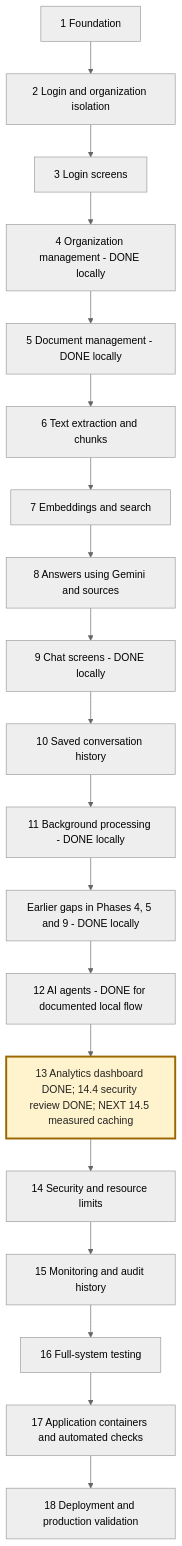
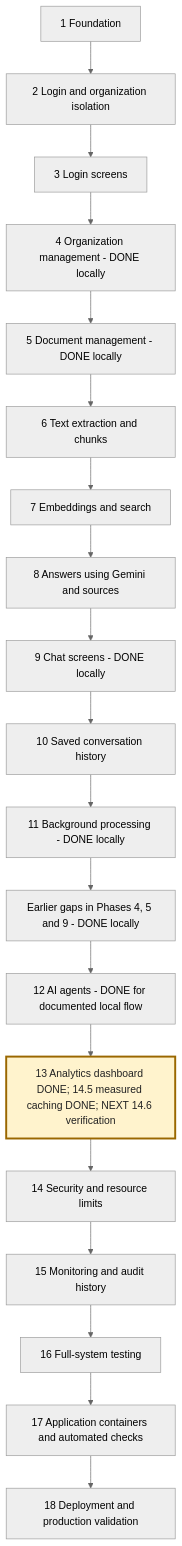
The second of 6 diagrams in NEXAAI_ROADMAP.md (msdian0007/nexaAi), drawn with Mermaid (neutral theme) before and after one commit. The commit also changed other lines of this file and 9 other files, not shown here.

````diff
--- a/NEXAAI_ROADMAP.md
+++ b/NEXAAI_ROADMAP.md
@@ -200,22 +203,22 @@
 ```mermaid
 flowchart TD
     A[1 Foundation] --> B[2 Login and organization isolation]
     B --> C[3 Login screens]
     C --> D[4 Organization management - DONE locally]
     D --> E[5 Document management - DONE locally]
     E --> F[6 Text extraction and chunks]
     F --> G[7 Embeddings and search]
     G --> H[8 Answers using Gemini and sources]
     H --> I[9 Chat screens - DONE locally]
     I --> J[10 Saved conversation history]
     J --> K[11 Background processing - DONE locally]
     K --> L[Earlier gaps in Phases 4, 5 and 9 - DONE locally]
     L --> M[12 AI agents - DONE for documented local flow]
-    M --> N[13 Analytics dashboard DONE; 14.4 security review DONE; NEXT 14.5 measured caching]
+    M --> N[13 Analytics dashboard DONE; 14.5 measured caching DONE; NEXT 14.6 verification]
     N --> O[14 Security and resource limits]
     O --> P[15 Monitoring and audit history]
     P --> Q[16 Full-system testing]
     Q --> R[17 Application containers and automated checks]
     R --> S[18 Deployment and production validation]
     style N fill:#fff3cd,stroke:#9a6700,stroke-width:3px,color:#222
 ```
````
